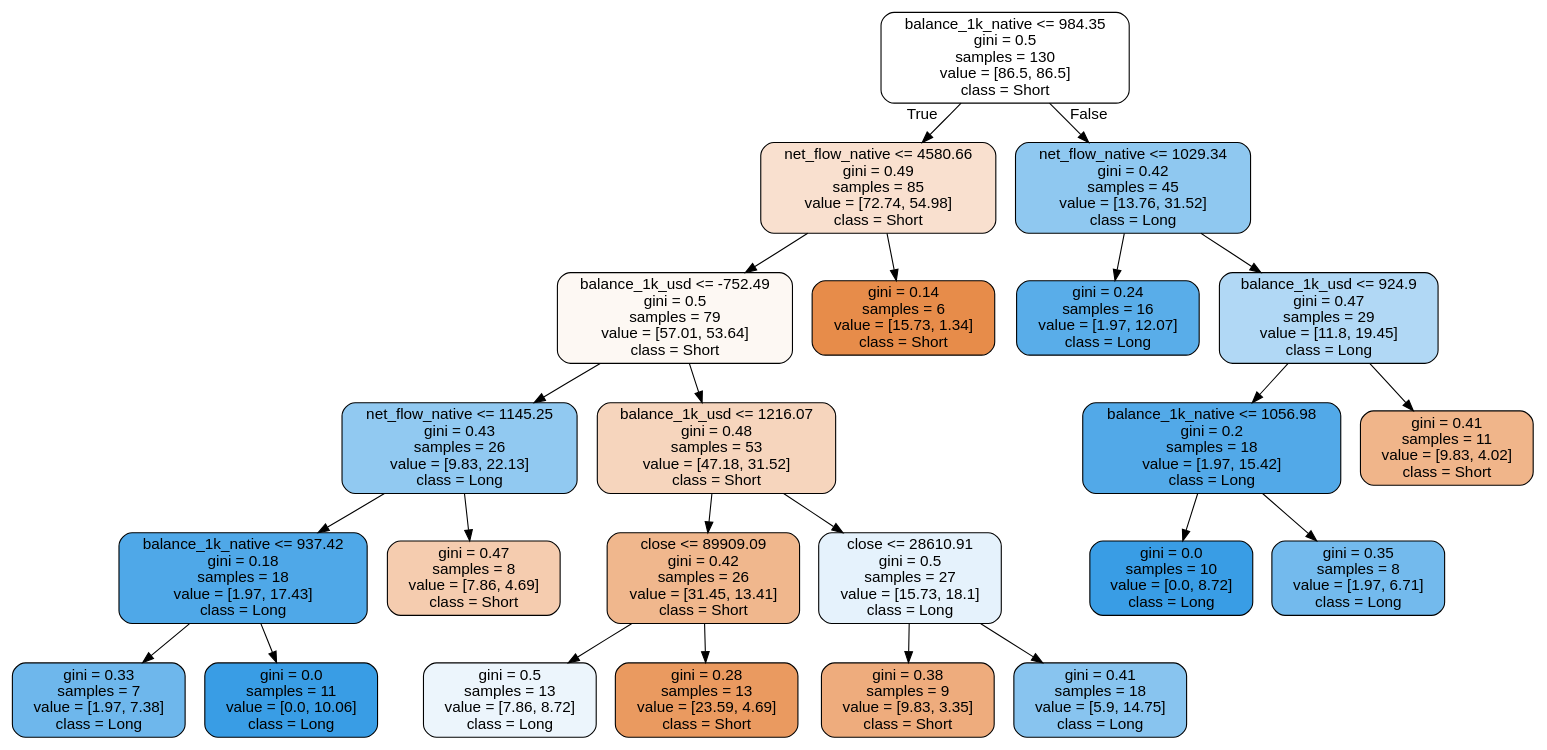
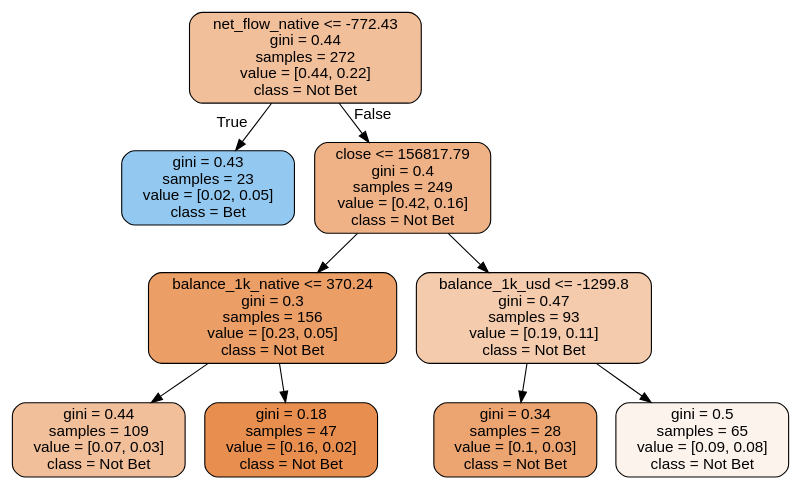
Before and after one commit to Ericclck/FinancialModeling: the diagram in plots/BTC/balance/tree/rf_8.dot, drawn with Graphviz. The commit also changed 29 other files, not shown here.

```diff
--- a/plots/BTC/balance/tree/rf_8.dot
+++ b/plots/BTC/balance/tree/rf_8.dot
@@ -1,49 +1,21 @@
 digraph Tree {
 node [shape=box, style="filled, rounded", color="black", fontname="helvetica"] ;
 edge [fontname="helvetica"] ;
-0 [label="balance_1k_native <= 984.35\ngini = 0.5\nsamples = 130\nvalue = [86.5, 86.5]\nclass = Short", fillcolor="#ffffff"] ;
-1 [label="net_flow_native <= 4580.66\ngini = 0.49\nsamples = 85\nvalue = [72.74, 54.98]\nclass = Short", fillcolor="#f9e0cf"] ;
+0 [label="net_flow_native <= -772.43\ngini = 0.44\nsamples = 272\nvalue = [0.44, 0.22]\nclass = Not Bet", fillcolor="#f2bf9b"] ;
+1 [label="gini = 0.43\nsamples = 23\nvalue = [0.02, 0.05]\nclass = Bet", fillcolor="#93c9f1"] ;
 0 -> 1 [labeldistance=2.5, labelangle=45, headlabel="True"] ;
-2 [label="balance_1k_usd <= -752.49\ngini = 0.5\nsamples = 79\nvalue = [57.01, 53.64]\nclass = Short", fillcolor="#fdf8f3"] ;
-1 -> 2 ;
-3 [label="net_flow_native <= 1145.25\ngini = 0.43\nsamples = 26\nvalue = [9.83, 22.13]\nclass = Long", fillcolor="#91c9f1"] ;
+2 [label="close <= 156817.79\ngini = 0.4\nsamples = 249\nvalue = [0.42, 0.16]\nclass = Not Bet", fillcolor="#efb287"] ;
+0 -> 2 [labeldistance=2.5, labelangle=-45, headlabel="False"] ;
+3 [label="balance_1k_native <= 370.24\ngini = 0.3\nsamples = 156\nvalue = [0.23, 0.05]\nclass = Not Bet", fillcolor="#eb9e66"] ;
 2 -> 3 ;
-4 [label="balance_1k_native <= 937.42\ngini = 0.18\nsamples = 18\nvalue = [1.97, 17.43]\nclass = Long", fillcolor="#4fa8e8"] ;
+4 [label="gini = 0.44\nsamples = 109\nvalue = [0.07, 0.03]\nclass = Not Bet", fillcolor="#f2bf9b"] ;
 3 -> 4 ;
-5 [label="gini = 0.33\nsamples = 7\nvalue = [1.97, 7.38]\nclass = Long", fillcolor="#6eb7ec"] ;
-4 -> 5 ;
-6 [label="gini = 0.0\nsamples = 11\nvalue = [0.0, 10.06]\nclass = Long", fillcolor="#399de5"] ;
-4 -> 6 ;
-7 [label="gini = 0.47\nsamples = 8\nvalue = [7.86, 4.69]\nclass = Short", fillcolor="#f5ccaf"] ;
-3 -> 7 ;
-8 [label="balance_1k_usd <= 1216.07\ngini = 0.48\nsamples = 53\nvalue = [47.18, 31.52]\nclass = Short", fillcolor="#f6d5bd"] ;
-2 -> 8 ;
-9 [label="close <= 89909.09\ngini = 0.42\nsamples = 26\nvalue = [31.45, 13.41]\nclass = Short", fillcolor="#f0b78d"] ;
-8 -> 9 ;
-10 [label="gini = 0.5\nsamples = 13\nvalue = [7.86, 8.72]\nclass = Long", fillcolor="#ecf5fc"] ;
-9 -> 10 ;
-11 [label="gini = 0.28\nsamples = 13\nvalue = [23.59, 4.69]\nclass = Short", fillcolor="#ea9a60"] ;
-9 -> 11 ;
-12 [label="close <= 28610.91\ngini = 0.5\nsamples = 27\nvalue = [15.73, 18.1]\nclass = Long", fillcolor="#e5f2fc"] ;
-8 -> 12 ;
-13 [label="gini = 0.38\nsamples = 9\nvalue = [9.83, 3.35]\nclass = Short", fillcolor="#eeac7d"] ;
-12 -> 13 ;
-14 [label="gini = 0.41\nsamples = 18\nvalue = [5.9, 14.75]\nclass = Long", fillcolor="#88c4ef"] ;
-12 -> 14 ;
-15 [label="gini = 0.14\nsamples = 6\nvalue = [15.73, 1.34]\nclass = Short", fillcolor="#e78c4a"] ;
-1 -> 15 ;
-16 [label="net_flow_native <= 1029.34\ngini = 0.42\nsamples = 45\nvalue = [13.76, 31.52]\nclass = Long", fillcolor="#8fc8f0"] ;
-0 -> 16 [labeldistance=2.5, labelangle=-45, headlabel="False"] ;
-17 [label="gini = 0.24\nsamples = 16\nvalue = [1.97, 12.07]\nclass = Long", fillcolor="#59ade9"] ;
-16 -> 17 ;
-18 [label="balance_1k_usd <= 924.9\ngini = 0.47\nsamples = 29\nvalue = [11.8, 19.45]\nclass = Long", fillcolor="#b1d8f5"] ;
-16 -> 18 ;
-19 [label="balance_1k_native <= 1056.98\ngini = 0.2\nsamples = 18\nvalue = [1.97, 15.42]\nclass = Long", fillcolor="#52a9e8"] ;
-18 -> 19 ;
-20 [label="gini = 0.0\nsamples = 10\nvalue = [0.0, 8.72]\nclass = Long", fillcolor="#399de5"] ;
-19 -> 20 ;
-21 [label="gini = 0.35\nsamples = 8\nvalue = [1.97, 6.71]\nclass = Long", fillcolor="#73baed"] ;
-19 -> 21 ;
-22 [label="gini = 0.41\nsamples = 11\nvalue = [9.83, 4.02]\nclass = Short", fillcolor="#f0b58a"] ;
-18 -> 22 ;
+5 [label="gini = 0.18\nsamples = 47\nvalue = [0.16, 0.02]\nclass = Not Bet", fillcolor="#e88f4f"] ;
+3 -> 5 ;
+6 [label="balance_1k_usd <= -1299.8\ngini = 0.47\nsamples = 93\nvalue = [0.19, 0.11]\nclass = Not Bet", fillcolor="#f4cbad"] ;
+2 -> 6 ;
+7 [label="gini = 0.34\nsamples = 28\nvalue = [0.1, 0.03]\nclass = Not Bet", fillcolor="#eca571"] ;
+6 -> 7 ;
+8 [label="gini = 0.5\nsamples = 65\nvalue = [0.09, 0.08]\nclass = Not Bet", fillcolor="#fdf3ed"] ;
+6 -> 8 ;
 }
```
